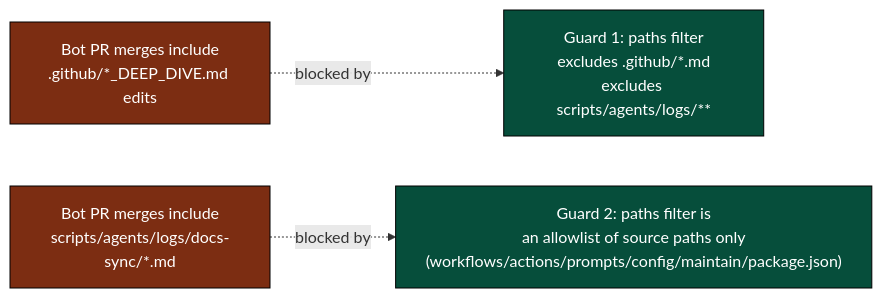
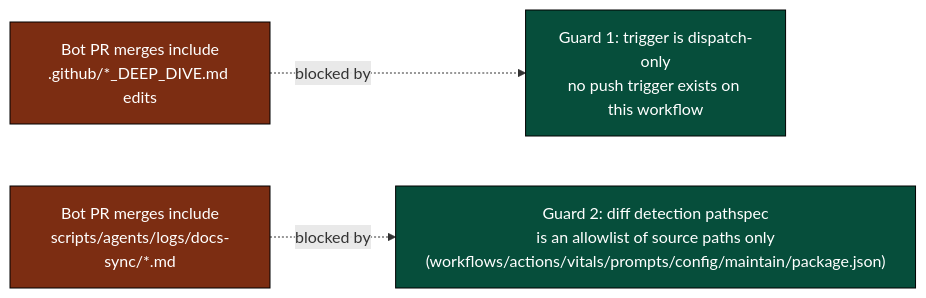
The third of 16 diagrams in .github/docs/DOCS_SYNC_DEEP_DIVE.md (gregreindel/llm-exe), drawn with Mermaid before and after one commit. The commit also changed other lines of this file and 4 other files, not shown here.

````diff
--- a/.github/docs/DOCS_SYNC_DEEP_DIVE.md
+++ b/.github/docs/DOCS_SYNC_DEEP_DIVE.md
@@ -141,14 +131,14 @@
 ```mermaid
 flowchart LR
     classDef risk fill:#7c2d12,color:#fff,stroke:#000
     classDef guard fill:#064e3b,color:#fff,stroke:#000
 
     R1["Bot PR merges include\n.github/*_DEEP_DIVE.md edits"]:::risk
     R2["Bot PR merges include\nscripts/agents/logs/docs-sync/*.md"]:::risk
 
-    G1["Guard 1: paths filter\nexcludes .github/*.md\nexcludes scripts/agents/logs/**"]:::guard
-    G2["Guard 2: paths filter is\nan allowlist of source paths only\n(workflows/actions/prompts/config/maintain/package.json)"]:::guard
+    G1["Guard 1: trigger is dispatch-only\nno push trigger exists on this workflow"]:::guard
+    G2["Guard 2: diff detection pathspec\nis an allowlist of source paths only\n(workflows/actions/vitals/prompts/config/maintain/package.json)"]:::guard
 
     R1 -. blocked by .-> G1
     R2 -. blocked by .-> G2
 ```
````
